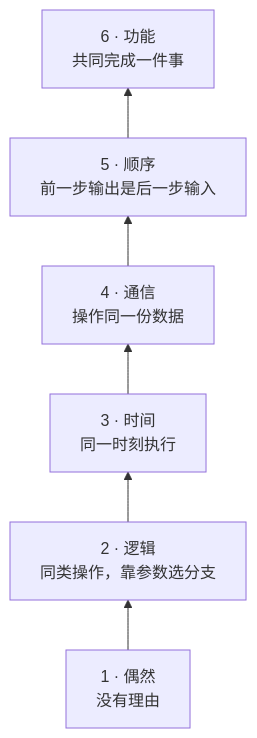
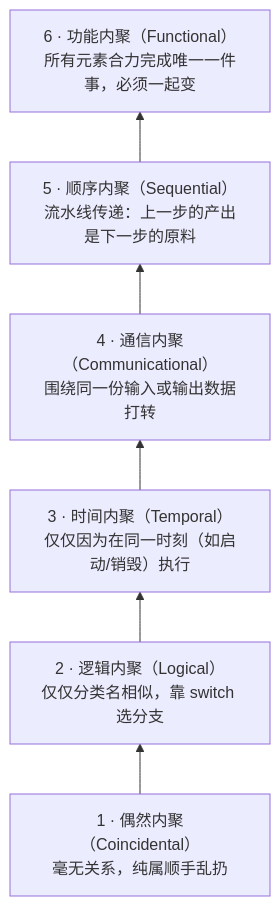
One commit to ffzz/blog changed the first of 2 diagrams in src/content/notes/zh/what-belongs-in-one-module.md. Above: the diagram before and after it, drawn with Mermaid. The commit also changed other lines of this file and 16 other files, not shown here.

````diff
--- a/src/content/notes/zh/what-belongs-in-one-module.md
+++ b/src/content/notes/zh/what-belongs-in-one-module.md
@@ -57,8 +169,8 @@
 ```mermaid
 flowchart BT
-    C1["1 · 偶然<br/>没有理由"] --> C2["2 · 逻辑<br/>同类操作，靠参数选分支"]
-    C2 --> C3["3 · 时间<br/>同一时刻执行"]
-    C3 --> C4["4 · 通信<br/>操作同一份数据"]
-    C4 --> C5["5 · 顺序<br/>前一步输出是后一步输入"]
-    C5 --> C6["6 · 功能<br/>共同完成一件事"]
+    C1["1 · 偶然内聚（Coincidental）<br/>毫无关系，纯属顺手乱扔"] --> C2["2 · 逻辑内聚（Logical）<br/>仅仅分类名相似，靠 switch 选分支"]
+    C2 --> C3["3 · 时间内聚（Temporal）<br/>仅仅因为在同一时刻（如启动/销毁）执行"]
+    C3 --> C4["4 · 通信内聚（Communicational）<br/>围绕同一份输入或输出数据打转"]
+    C4 --> C5["5 · 顺序内聚（Sequential）<br/>流水线传递：上一步的产出是下一步的原料"]
+    C5 --> C6["6 · 功能内聚（Functional）<br/>所有元素合力完成唯一一件事，必须一起变"]
 ```
````
